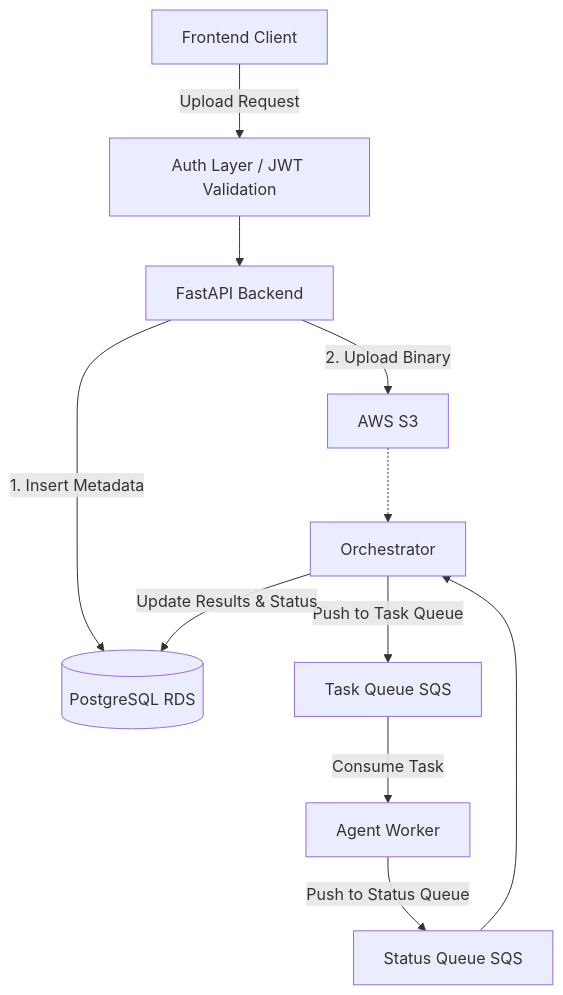
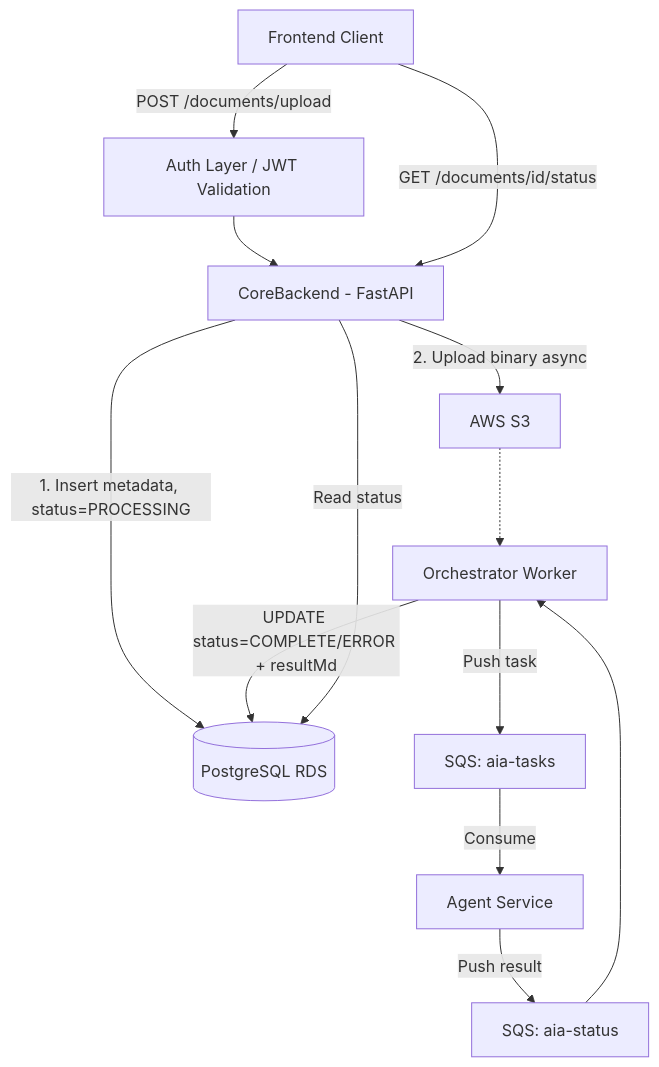
Before and after one commit to DEFRA/aia-python-backend: the diagram in README.md, drawn with Mermaid. The commit also changed other lines of this file and 17 other files, not shown here.

````diff
--- a/README.md
+++ b/README.md
@@ -18,17 +38,20 @@
 ```mermaid
 graph TD
-    Client[Frontend Client] -->|Upload Request| Auth[Auth Layer / JWT Validation]
-    Auth --> API[FastAPI Backend]
-    
-    API -->|1. Insert Metadata| DB[(PostgreSQL RDS)]
-    API -->|2. Upload Binary| S3[AWS S3]
-    
-    S3 -.-> Orchestrator[Orchestrator]
-    Orchestrator -->|Push to Task Queue| TaskQueue[Task Queue SQS]
-    
-    TaskQueue -->|Consume Task| Agent[Agent Worker]
-    Agent -->|Push to Status Queue| StatusQueue[Status Queue SQS]
-    
+    Client[Frontend Client] -->|POST /documents/upload| Auth[Auth Layer / JWT Validation]
+    Auth --> API[CoreBackend - FastAPI]
+
+    API -->|1. Insert metadata, status=PROCESSING| DB[(PostgreSQL RDS)]
+    API -->|2. Upload binary async| S3[AWS S3]
+
+    S3 -.-> Orchestrator[Orchestrator Worker]
+    Orchestrator -->|Push task| TaskQueue[SQS: aia-tasks]
+
+    TaskQueue -->|Consume| AgentService[Agent Service]
+    AgentService -->|Push result| StatusQueue[SQS: aia-status]
+
     StatusQueue --> Orchestrator
-    Orchestrator -->|Update Results & Status| DB
+    Orchestrator -->|UPDATE status=COMPLETE/ERROR + resultMd| DB
+
+    Client -->|GET /documents/id/status| API
+    API -->|Read status| DB
 ```
````
